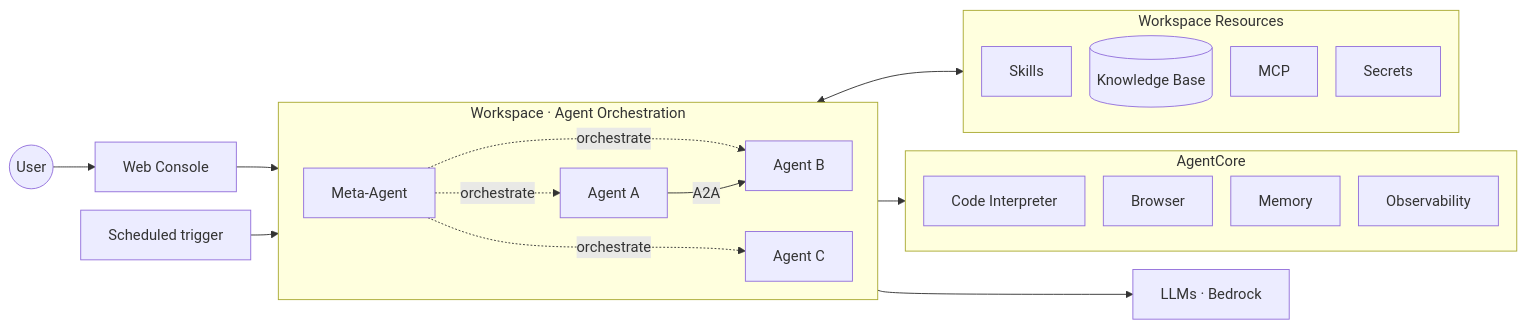
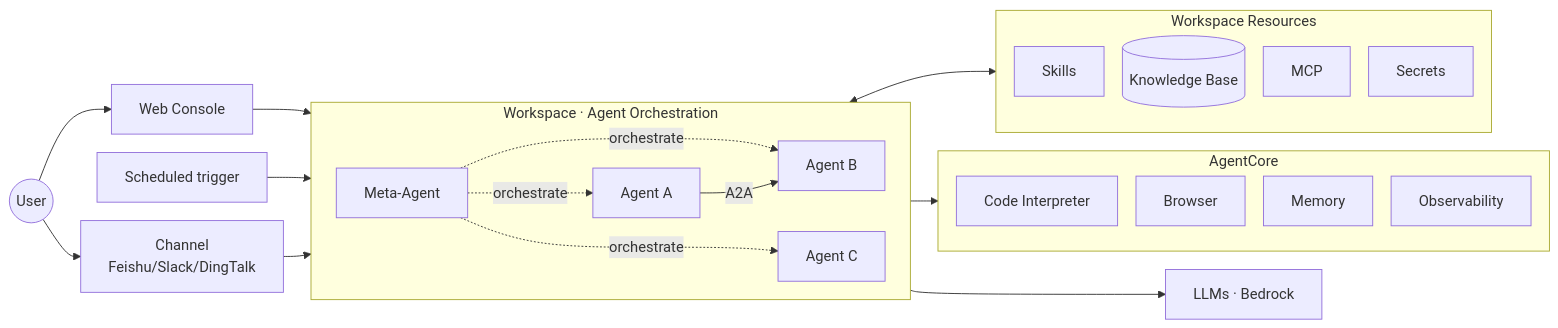
Before and after one commit to ddpie/agent-studio: the second of 2 diagrams in README.md, drawn with Mermaid. The commit also changed other lines of this file, not shown here.

Commit message:
docs: fix README structure — split scenarios by language, add channel to EN section

````diff
--- a/README.md
+++ b/README.md
@@ -226,36 +236,37 @@
 ```mermaid
 %%{init: {'flowchart': {'nodeSpacing': 20, 'rankSpacing': 30}} }%%
 flowchart LR
     User((User)) --> Web[Web Console]
-    Web & Cron[Scheduled trigger] --> WS
+    User --> Ch[Channel<br/>Feishu/Slack/DingTalk]
+    Web & Cron[Scheduled trigger] & Ch --> WS
 
     subgraph WS["Workspace · Agent Orchestration"]
         direction LR
         Meta[Meta-Agent] -.orchestrate.-> A1 & A2 & A3
         A1[Agent A] -->|A2A| A2[Agent B]
         A3[Agent C]
         A1 ~~~ A3
     end
 
     subgraph Res["Workspace Resources"]
         direction TB
         S[Skills]
         K[(Knowledge Base)]
         M[MCP]
         Se[Secrets]
     end
 
     subgraph AC[AgentCore]
         direction TB
         CI[Code Interpreter]
         B[Browser]
         Me[Memory]
         O[Observability]
     end
 
     LLM[LLMs · Bedrock]
 
     WS <--> Res
     WS --> AC
     WS --> LLM
 ```
````
